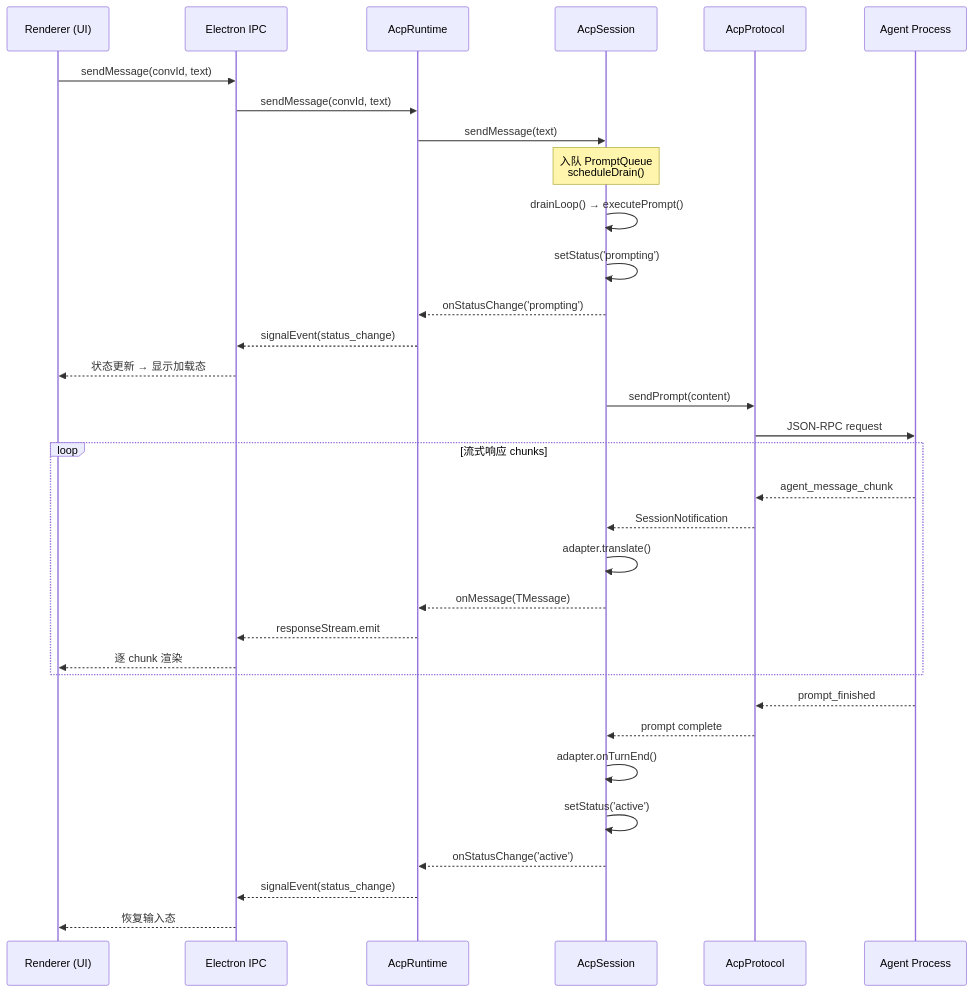
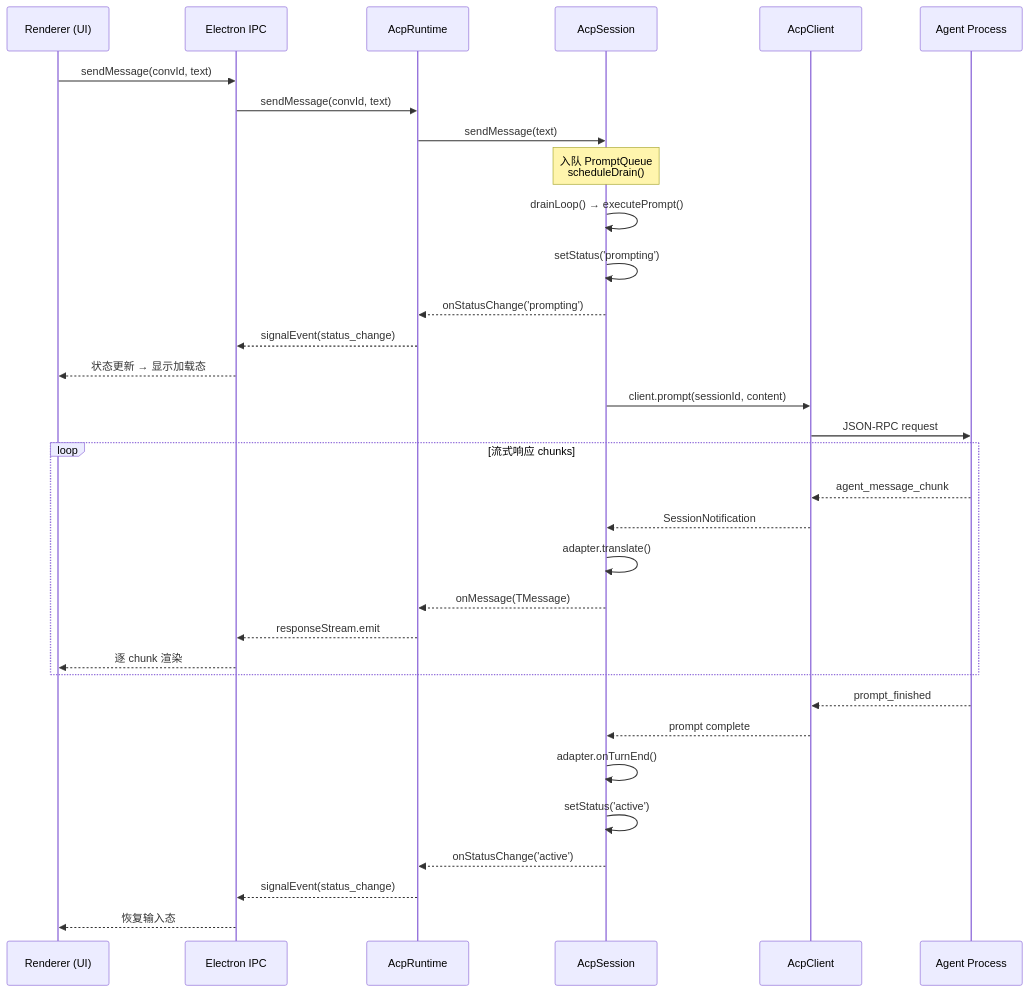
Before and after one commit to iOfficeAI/AionUi: the second of 7 diagrams in docs/feature/acp-rewrite/03-architecture-design.md, drawn with Mermaid. The commit also changed other lines of this file and 22 other files, not shown here.

First line of the commit message:
refactor(acp): replace Connector+Protocol with AcpClient single-owner pattern

````diff
--- a/docs/feature/acp-rewrite/03-architecture-design.md
+++ b/docs/feature/acp-rewrite/03-architecture-design.md
@@ -249,40 +247,40 @@
 ```mermaid
 sequenceDiagram
     participant UI as Renderer (UI)
     participant IPC as Electron IPC
     participant RT as AcpRuntime
     participant S as AcpSession
-    participant P as AcpProtocol
+    participant CL as AcpClient
     participant A as Agent Process
 
     UI->>IPC: sendMessage(convId, text)
     IPC->>RT: sendMessage(convId, text)
     RT->>S: sendMessage(text)
     Note over S: 入队 PromptQueue<br/>scheduleDrain()
 
     S->>S: drainLoop() → executePrompt()
     S->>S: setStatus('prompting')
     S-->>RT: onStatusChange('prompting')
     RT-->>IPC: signalEvent(status_change)
     IPC-->>UI: 状态更新 → 显示加载态
 
-    S->>P: sendPrompt(content)
-    P->>A: JSON-RPC request
+    S->>CL: client.prompt(sessionId, content)
+    CL->>A: JSON-RPC request
 
     loop 流式响应 chunks
-        A-->>P: agent_message_chunk
-        P-->>S: SessionNotification
+        A-->>CL: agent_message_chunk
+        CL-->>S: SessionNotification
         S->>S: adapter.translate()
         S-->>RT: onMessage(TMessage)
         RT-->>IPC: responseStream.emit
         IPC-->>UI: 逐 chunk 渲染
     end
 
-    A-->>P: prompt_finished
-    P-->>S: prompt complete
+    A-->>CL: prompt_finished
+    CL-->>S: prompt complete
     S->>S: adapter.onTurnEnd()
     S->>S: setStatus('active')
     S-->>RT: onStatusChange('active')
     RT-->>IPC: signalEvent(status_change)
     IPC-->>UI: 恢复输入态
 ```
````
